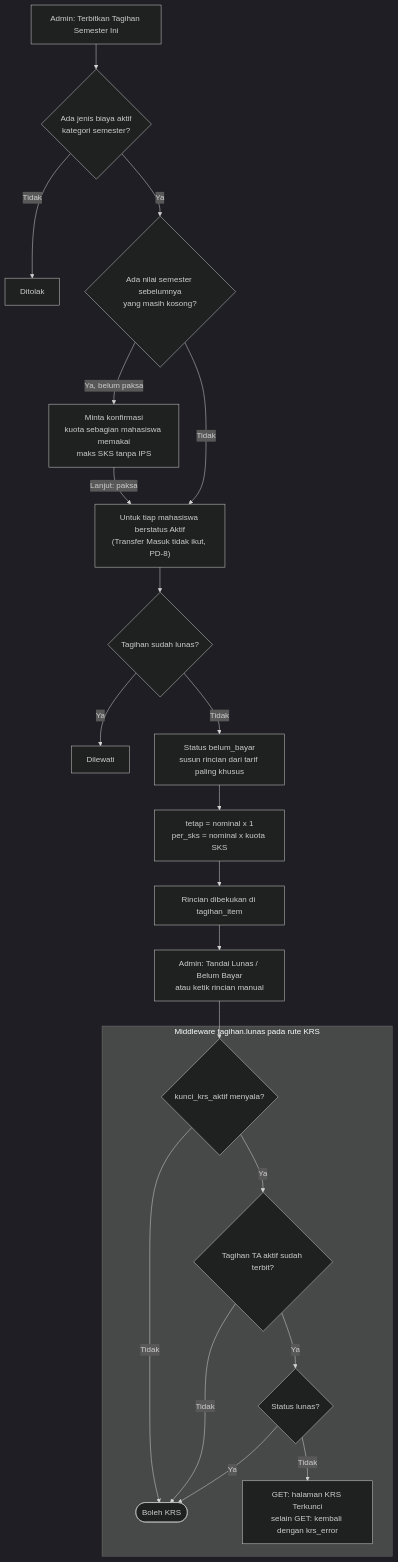
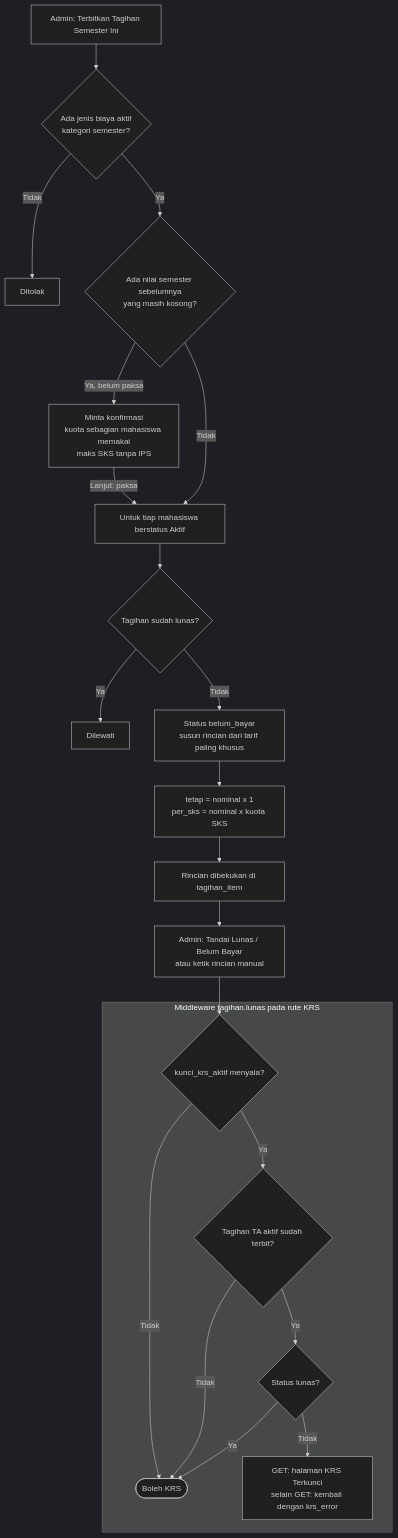
One commit to Velocity-Developer/sia-vd changed the fifth of 27 diagrams in docs/system-flowchart.md. Above: the diagram before and after it, drawn with Mermaid (dark theme). The commit also changed other lines of this file and 14 other files, not shown here.

First line of the commit message:
fix: urutan tanggal tahun akademik, skala nilai, dan hapus Transfer Masuk

````diff
--- a/docs/system-flowchart.md
+++ b/docs/system-flowchart.md
@@ -174,26 +174,26 @@
 ```mermaid
 flowchart TD
     A["Admin: Terbitkan Tagihan Semester Ini"] --> B{"Ada jenis biaya aktif<br/>kategori semester?"}
     B -- Tidak --> B1["Ditolak"]
     B -- Ya --> C{"Ada nilai semester sebelumnya<br/>yang masih kosong?"}
     C -- "Ya, belum paksa" --> C1["Minta konfirmasi<br/>kuota sebagian mahasiswa memakai<br/>maks SKS tanpa IPS"]
     C1 -- "Lanjut: paksa" --> D
-    C -- Tidak --> D["Untuk tiap mahasiswa berstatus Aktif<br/>(Transfer Masuk tidak ikut, PD-8)"]
+    C -- Tidak --> D["Untuk tiap mahasiswa berstatus Aktif"]
     D --> E{"Tagihan sudah lunas?"}
     E -- Ya --> E1["Dilewati"]
     E -- Tidak --> F["Status belum_bayar<br/>susun rincian dari tarif paling khusus"]
     F --> G["tetap = nominal x 1<br/>per_sks = nominal x kuota SKS"]
     G --> H["Rincian dibekukan di tagihan_item"]
 
     H --> I["Admin: Tandai Lunas / Belum Bayar<br/>atau ketik rincian manual"]
 
     subgraph Kunci["Middleware tagihan.lunas pada rute KRS"]
         K1{"kunci_krs_aktif menyala?"} -- Tidak --> K9(["Boleh KRS"])
         K1 -- Ya --> K2{"Tagihan TA aktif sudah terbit?"}
         K2 -- Tidak --> K9
         K2 -- Ya --> K3{"Status lunas?"}
         K3 -- Ya --> K9
         K3 -- Tidak --> K4["GET: halaman KRS Terkunci<br/>selain GET: kembali dengan krs_error"]
     end
     I --> K1
 ```
````
